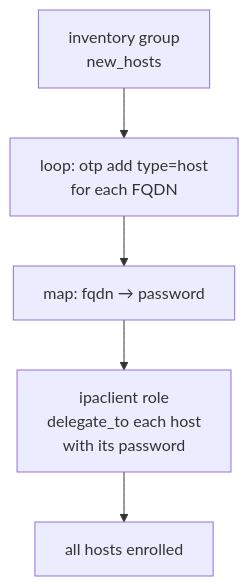
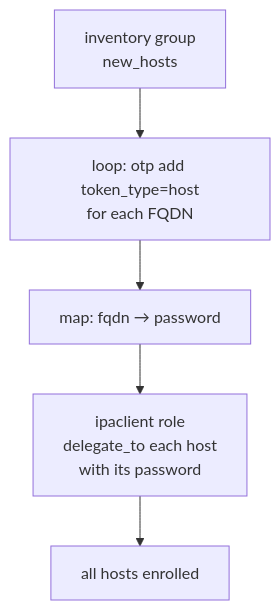
The sixth of 10 diagrams in docs/otp-capabilities.md (gprocunier/eigenstate-ipa), drawn with Mermaid before and after one commit. The commit also changed other lines of this file and 14 other files, not shown here.

````diff
--- a/docs/otp-capabilities.md
+++ b/docs/otp-capabilities.md
@@ -174,7 +174,7 @@
 ```mermaid
 flowchart TD
-    group["inventory group\nnew_hosts"] --> loop["loop: otp add type=host\nfor each FQDN"]
+    group["inventory group\nnew_hosts"] --> loop["loop: otp add token_type=host\nfor each FQDN"]
     loop --> pw_map["map: fqdn → password"]
     pw_map --> delegate["ipaclient role\ndelegate_to each host\nwith its password"]
     delegate --> enrolled["all hosts enrolled"]
 ```
````
